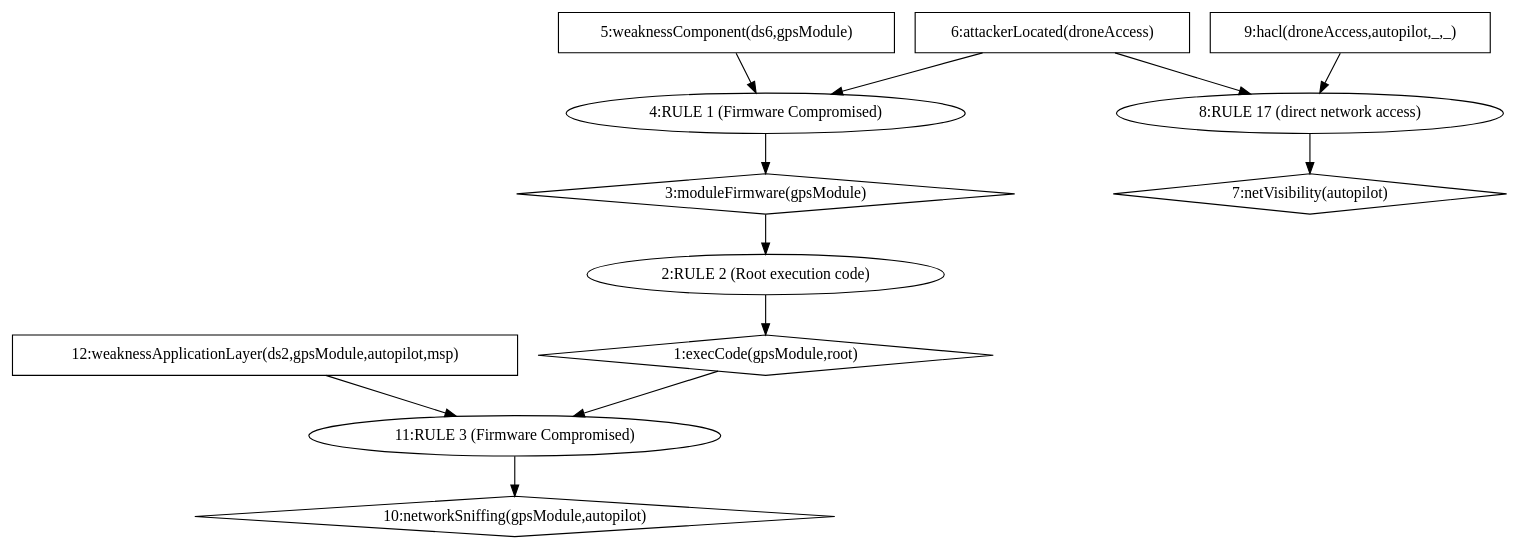
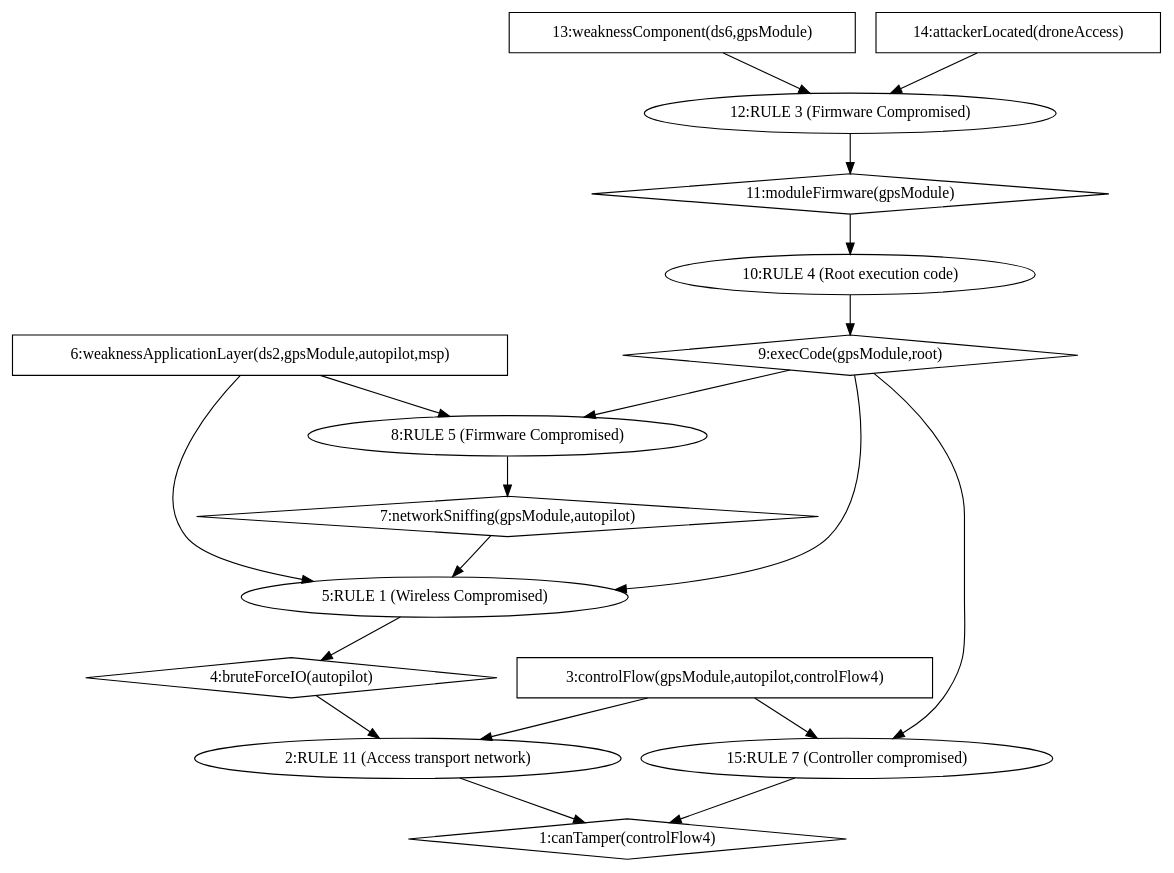
One commit to NS-unina/GCAP_Mod changed the diagram in AttackGraph/output2/AttackGraph.dot. Above: the diagram before and after it, drawn with Graphviz. The commit also changed 46 other files, not shown here.

```diff
--- a/AttackGraph/output2/AttackGraph.dot
+++ b/AttackGraph/output2/AttackGraph.dot
@@ -1,25 +1,35 @@
 digraph G {
-	1 [label="1:execCode(gpsModule,root)",shape=diamond];
-	2 [label="2:RULE 2 (Root execution code)",shape=ellipse];
-	3 [label="3:moduleFirmware(gpsModule)",shape=diamond];
-	4 [label="4:RULE 1 (Firmware Compromised)",shape=ellipse];
-	5 [label="5:weaknessComponent(ds6,gpsModule)",shape=box];
-	6 [label="6:attackerLocated(droneAccess)",shape=box];
-	7 [label="7:netVisibility(autopilot)",shape=diamond];
-	8 [label="8:RULE 17 (direct network access)",shape=ellipse];
-	9 [label="9:hacl(droneAccess,autopilot,_,_)",shape=box];
-	10 [label="10:networkSniffing(gpsModule,autopilot)",shape=diamond];
-	11 [label="11:RULE 3 (Firmware Compromised)",shape=ellipse];
-	12 [label="12:weaknessApplicationLayer(ds2,gpsModule,autopilot,msp)",shape=box];
+	1 [label="1:canTamper(controlFlow4)",shape=diamond];
+	2 [label="2:RULE 11 (Access transport network)",shape=ellipse];
+	3 [label="3:controlFlow(gpsModule,autopilot,controlFlow4)",shape=box];
+	4 [label="4:bruteForceIO(autopilot)",shape=diamond];
+	5 [label="5:RULE 1 (Wireless Compromised)",shape=ellipse];
+	6 [label="6:weaknessApplicationLayer(ds2,gpsModule,autopilot,msp)",shape=box];
+	7 [label="7:networkSniffing(gpsModule,autopilot)",shape=diamond];
+	8 [label="8:RULE 5 (Firmware Compromised)",shape=ellipse];
+	9 [label="9:execCode(gpsModule,root)",shape=diamond];
+	10 [label="10:RULE 4 (Root execution code)",shape=ellipse];
+	11 [label="11:moduleFirmware(gpsModule)",shape=diamond];
+	12 [label="12:RULE 3 (Firmware Compromised)",shape=ellipse];
+	13 [label="13:weaknessComponent(ds6,gpsModule)",shape=box];
+	14 [label="14:attackerLocated(droneAccess)",shape=box];
+	15 [label="15:RULE 7 (Controller compromised)",shape=ellipse];
+	3 -> 	2;
+	6 -> 	5;
+	6 -> 	8;
+	13 -> 	12;
+	14 -> 	12;
+	12 -> 	11;
+	11 -> 	10;
+	10 -> 	9;
+	9 -> 	8;
+	8 -> 	7;
+	7 -> 	5;
+	9 -> 	5;
 	5 -> 	4;
-	6 -> 	4;
-	4 -> 	3;
-	3 -> 	2;
+	4 -> 	2;
 	2 -> 	1;
-	9 -> 	8;
-	6 -> 	8;
-	8 -> 	7;
-	12 -> 	11;
-	1 -> 	11;
-	11 -> 	10;
+	3 -> 	15;
+	9 -> 	15;
+	15 -> 	1;
 }
```
